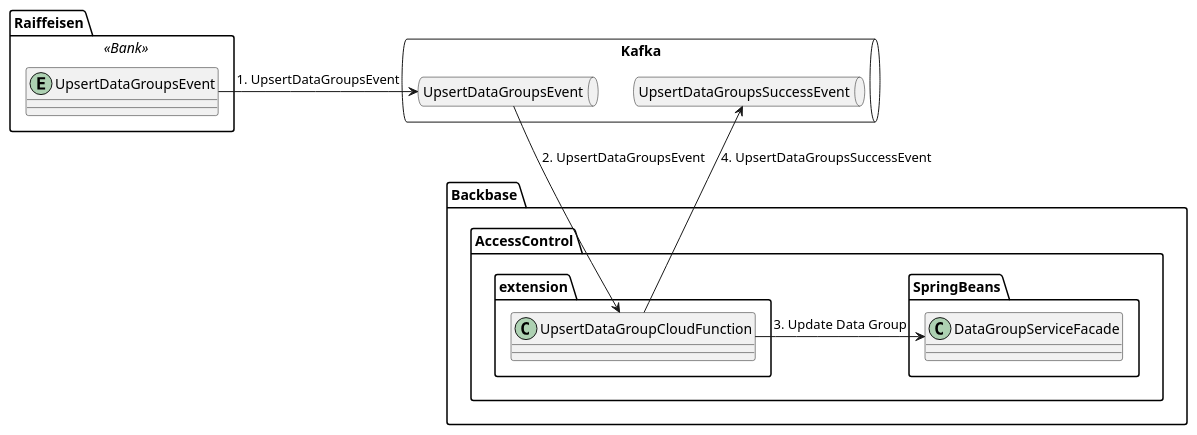
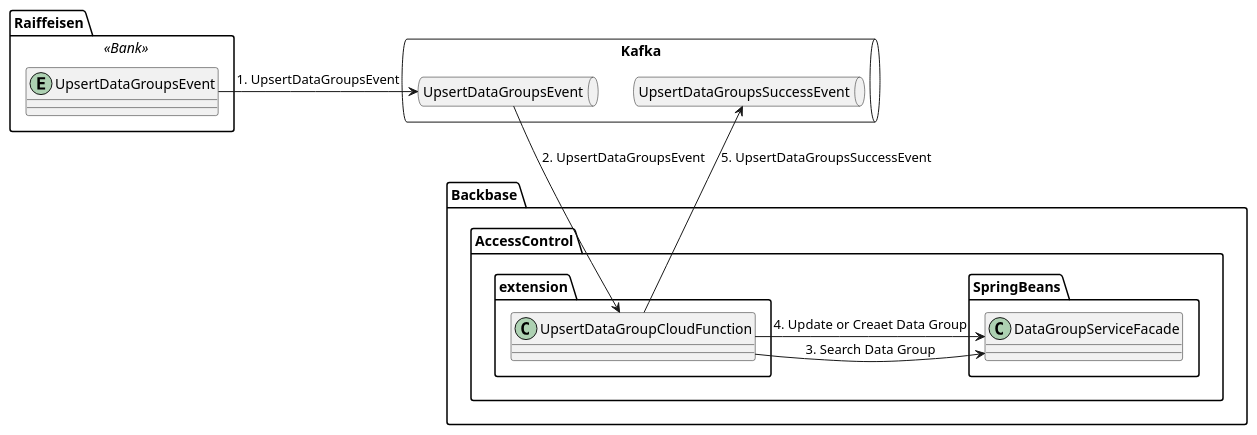
The diagram in development/service/access-control-extension/src/main/resources/upsert-flow.puml (Backbase/local-backend-setup), drawn with PlantUML before and after one commit. The commit also changed 9 other files, not shown here.

```diff
--- a/development/service/access-control-extension/src/main/resources/upsert-flow.puml
+++ b/development/service/access-control-extension/src/main/resources/upsert-flow.puml
@@ -1,28 +1,31 @@
 @startuml
 package "Kafka" <<queue>> {
   package "UpsertDataGroupsEvent" <<queue>> {
   }
   package "UpsertDataGroupsSuccessEvent" <<queue>> {
   }
 }
 
 package "Raiffeisen" <<Bank>> {
   entity UpsertDataGroupsEvent
 }
 
 package "Backbase.AccessControl" {
   package "SpringBeans" {
     class DataGroupServiceFacade
   }
   package "extension" {
     class UpsertDataGroupCloudFunction
   }
 }
 
 Raiffeisen.UpsertDataGroupsEvent -> Kafka.UpsertDataGroupsEvent: 1. UpsertDataGroupsEvent
 
 Kafka.UpsertDataGroupsEvent --> Backbase.AccessControl.extension.UpsertDataGroupCloudFunction: 2. UpsertDataGroupsEvent
 
-Backbase.AccessControl.extension.UpsertDataGroupCloudFunction -> Backbase.AccessControl.SpringBeans.DataGroupServiceFacade: 3. Update Data Group
-Backbase.AccessControl.extension.UpsertDataGroupCloudFunction --> Kafka.UpsertDataGroupsSuccessEvent: 4. UpsertDataGroupsSuccessEvent
+Backbase.AccessControl.extension.UpsertDataGroupCloudFunction -> Backbase.AccessControl.SpringBeans.DataGroupServiceFacade: 3. Search Data Group
+
+Backbase.AccessControl.extension.UpsertDataGroupCloudFunction -> Backbase.AccessControl.SpringBeans.DataGroupServiceFacade: 4. Update or Creaet Data Group
+
+Backbase.AccessControl.extension.UpsertDataGroupCloudFunction --> Kafka.UpsertDataGroupsSuccessEvent: 5. UpsertDataGroupsSuccessEvent
 @enduml
```
